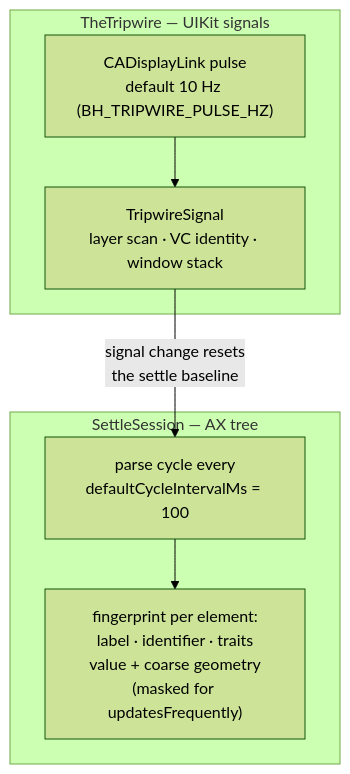
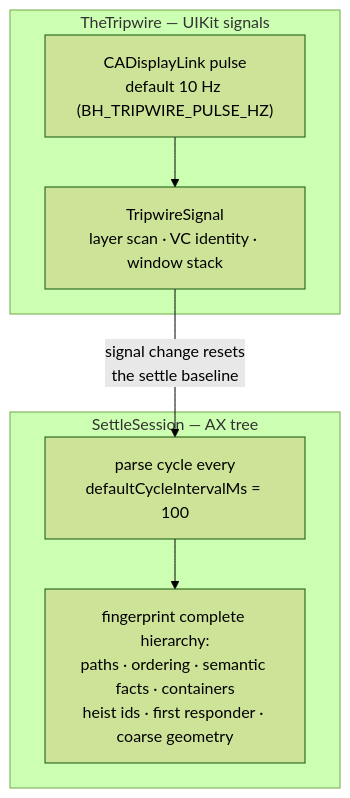
The second of 2 diagrams in docs/diagrams/settle-loop.md (RoyalPineapple/TheButtonHeist), drawn with Mermaid (forest theme) before and after one commit. The commit also changed other lines of this file and 114 other files, not shown here.

````diff
--- a/docs/diagrams/settle-loop.md
+++ b/docs/diagrams/settle-loop.md
@@ -37,14 +37,14 @@
 ```mermaid
 flowchart TD
     subgraph tripwire["TheTripwire — UIKit signals"]
         PULSE["CADisplayLink pulse<br/>default 10 Hz (BH_TRIPWIRE_PULSE_HZ)"]
         SIGNAL["TripwireSignal<br/>layer scan · VC identity · window stack"]
         PULSE --> SIGNAL
     end
     subgraph settle["SettleSession — AX tree"]
         PARSE["parse cycle every<br/>defaultCycleIntervalMs = 100"]
-        FP["fingerprint per element:<br/>label · identifier · traits<br/>value + coarse geometry<br/>(masked for updatesFrequently)"]
+        FP["fingerprint complete hierarchy:<br/>paths · ordering · semantic facts · containers<br/>heist ids · first responder · coarse geometry"]
         PARSE --> FP
     end
     SIGNAL -- "signal change resets<br/>the settle baseline" --> PARSE
 ```
````
